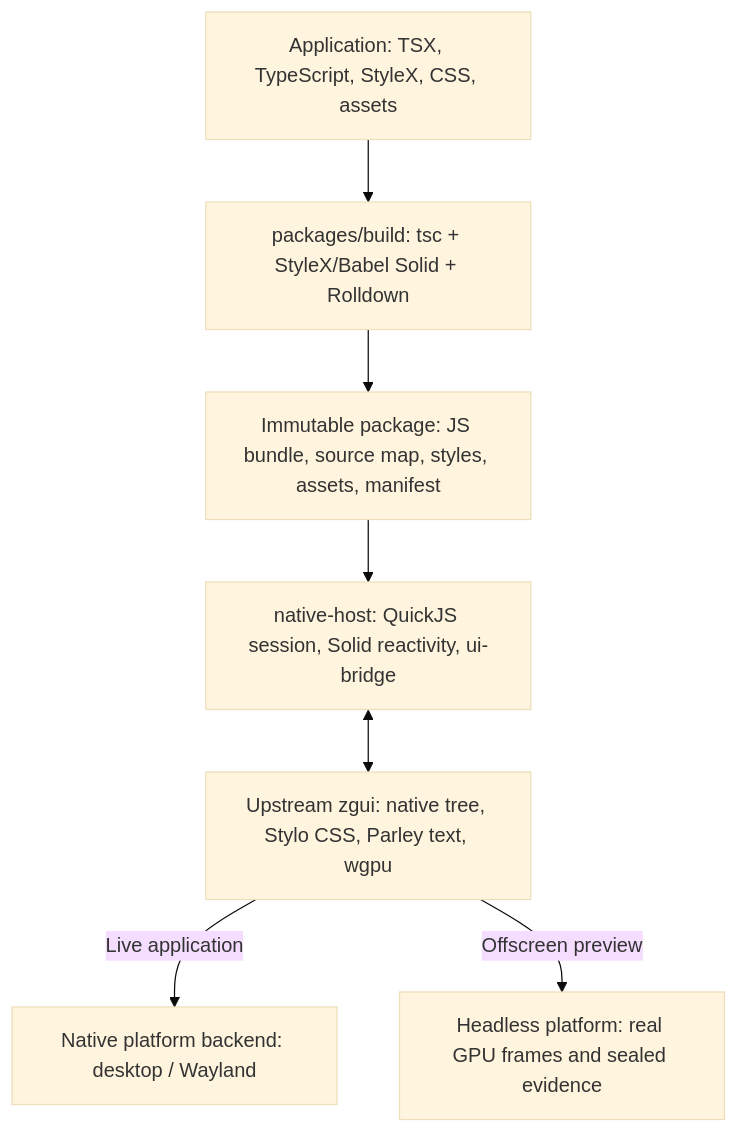
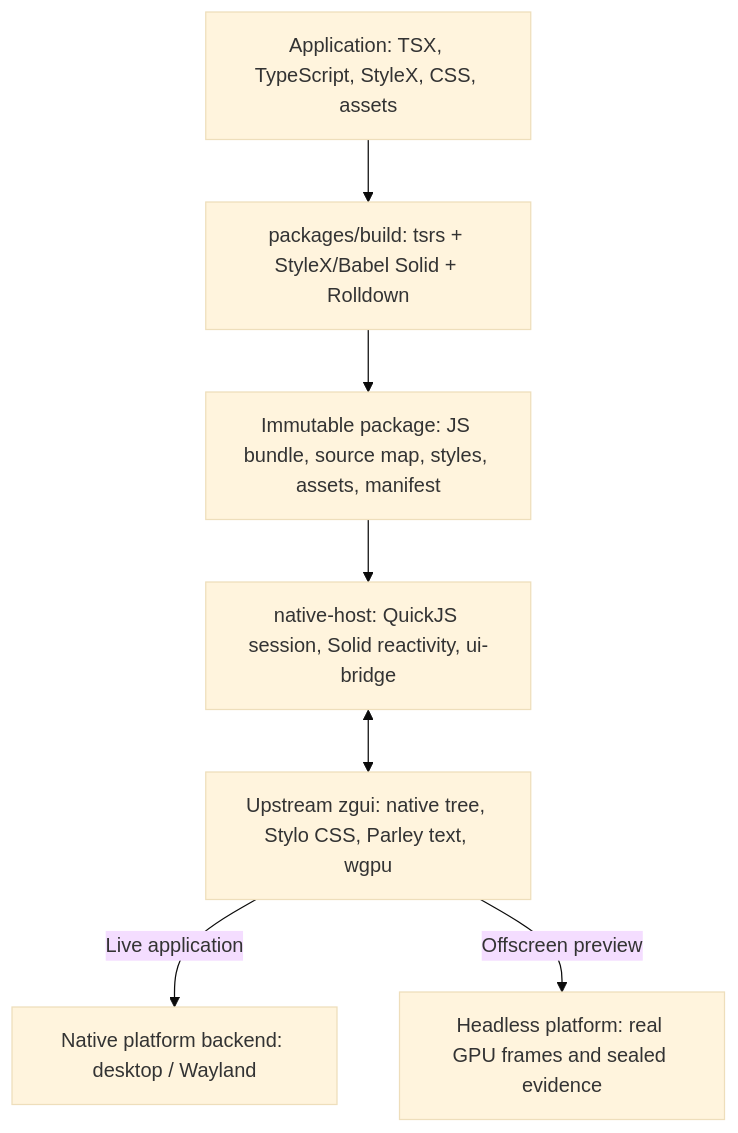
The diagram in README.md (hewel/zgui-js), drawn with Mermaid (base theme) before and after one commit. The commit also changed other lines of this file and 107 other files, not shown here.

First line of the commit message:
build!: unify host tooling, package management, and tests on Bun with strict TypeScript

````diff
--- a/README.md
+++ b/README.md
@@ -13,9 +13,9 @@
 ```mermaid
 flowchart TB
-    Source["Application: TSX, TypeScript, StyleX, CSS, assets"] --> Build["packages/build: tsc + StyleX/Babel Solid + Rolldown"]
+    Source["Application: TSX, TypeScript, StyleX, CSS, assets"] --> Build["packages/build: tsrs + StyleX/Babel Solid + Rolldown"]
     Build --> Package["Immutable package: JS bundle, source map, styles, assets, manifest"]
     Package --> Host["native-host: QuickJS session, Solid reactivity, ui-bridge"]
     Host <--> Native["Upstream zgui: native tree, Stylo CSS, Parley text, wgpu"]
     Native -->|Live application| Desktop["Native platform backend: desktop / Wayland"]
     Native -->|Offscreen preview| Preview["Headless platform: real GPU frames and sealed evidence"]
 ```
````
